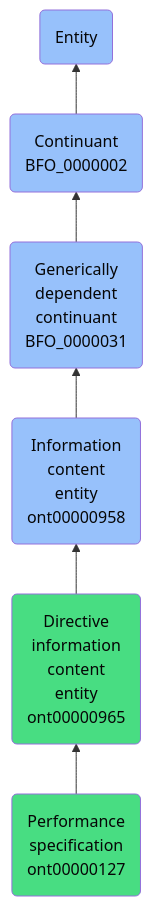
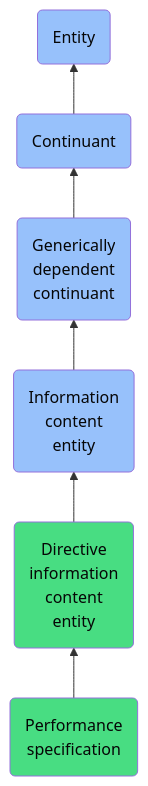
The diagram in docs/ontology/reference/model/Entity/Continuant/Generically dependent continuant/Information content entity/Directive information content entity/Performance specification/Performance specification.md (jupyter-naas/abi), drawn with Mermaid before and after one commit. The commit also changed other lines of this file and 1430 other files, not shown here.

````diff
--- a/docs/ontology/reference/model/Entity/Continuant/Generically dependent continuant/Information content entity/Directive information content entity/Performance specification/Performance specification.md
+++ b/docs/ontology/reference/model/Entity/Continuant/Generically dependent continuant/Information content entity/Directive information content entity/Performance specification/Performance specification.md
@@ -24,13 +24,13 @@
 ```mermaid
 graph BT
-    ont00000127(Performance<br>specification<br>ont00000127):::ABI-->ont00000965
-    ont00000965(Directive<br>information<br>content<br>entity<br>ont00000965):::ABI-->ont00000958
-    ont00000958(Information<br>content<br>entity<br>ont00000958):::BFO-->BFO_0000031
-    BFO_0000031(Generically<br>dependent<br>continuant<br>BFO_0000031):::BFO-->BFO_0000002
-    BFO_0000002(Continuant<br>BFO_0000002):::BFO-->BFO_0000001
+    ont00000127(Performance<br>specification):::ABI-->ont00000965
+    ont00000965(Directive<br>information<br>content<br>entity):::ABI-->ont00000958
+    ont00000958(Information<br>content<br>entity):::BFO-->BFO_0000031
+    BFO_0000031(Generically<br>dependent<br>continuant):::BFO-->BFO_0000002
+    BFO_0000002(Continuant):::BFO-->BFO_0000001
     BFO_0000001(Entity):::BFO
     
     classDef BFO fill:#97c1fb,color:#060606
     classDef CCO fill:#e4c51e,color:#060606
     classDef ABI fill:#48DD82,color:#060606
 ```
````
